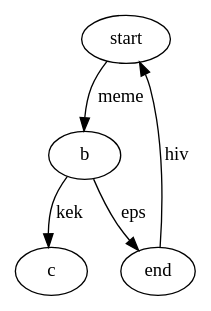
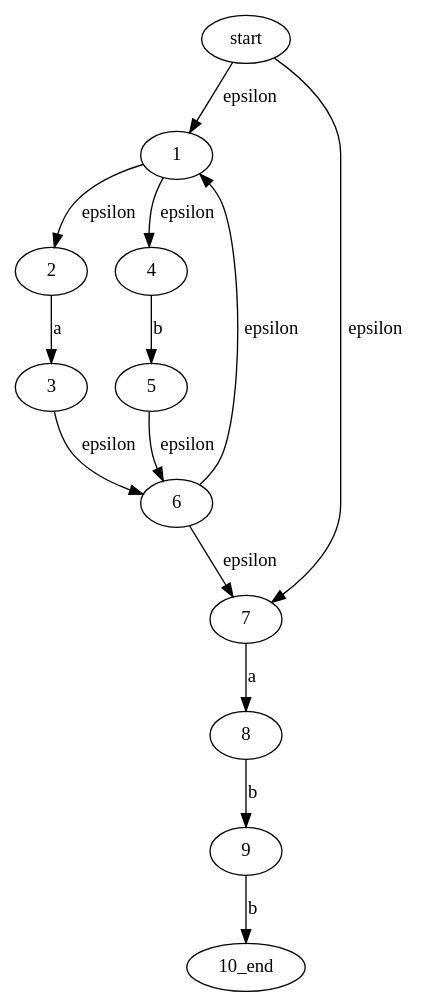
One commit to Katchau/COMP-AutoAnalyze.Dot changed the diagram in test.dot. Above: the diagram before and after it, drawn with Graphviz. The commit also changed 8 other files, not shown here.

```diff
--- a/test.dot
+++ b/test.dot
@@ -1,6 +1,15 @@
 digraph graphname { 
-                start -> b [label="meme"]; 
-                b -> c [label="kek"];
-                b -> end [label="eps"];
-                end -> start [label="hiv"];
+                start -> "1" [label="epsilon"];
+				start -> "7" [label="epsilon"];
+				"1" -> "2" [label="epsilon"];
+				"1" -> "4" [label="epsilon"];
+				"2" -> "3" [label="a"];
+				"4" -> "5" [label="b"];
+				"3" -> "6" [label="epsilon"];
+				"5" -> "6" [label="epsilon"];
+				"6" -> "7" [label="epsilon"];
+				"6" -> "1" [label="epsilon"];
+				"7" -> "8" [label="a"];
+				"8" -> "9" [label="b"];
+                "9" -> "10_end" [label="b"];
         }
```
